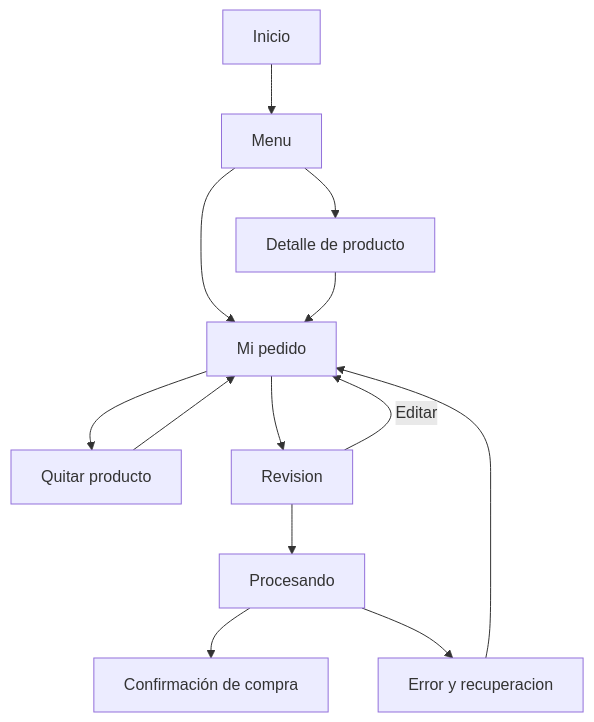
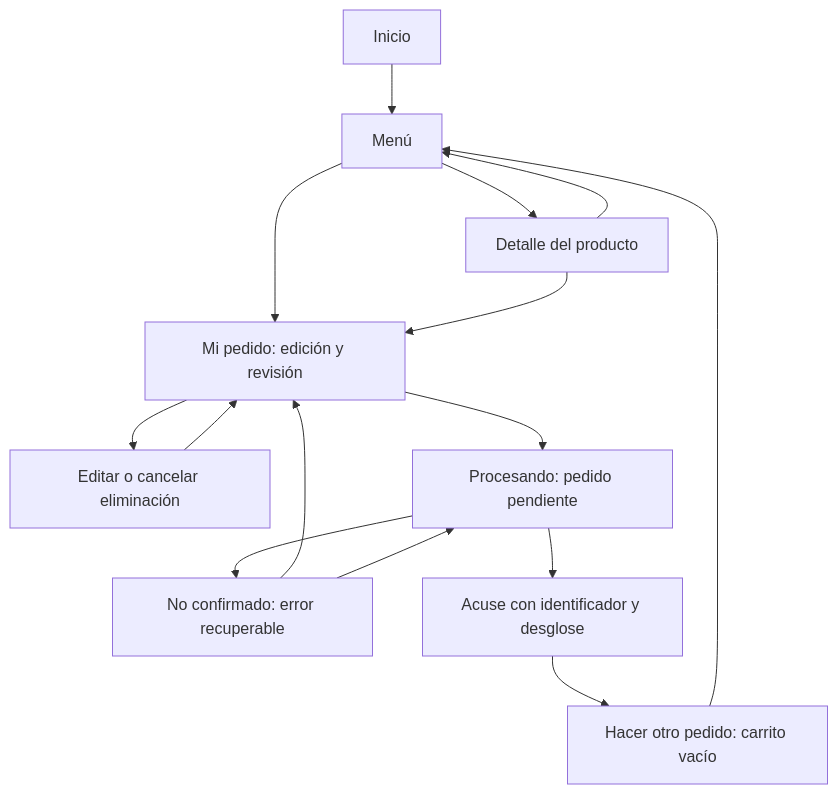
Before and after one commit to EMILIOABRIL05/Prueba_01_IHC_Parcial2: the diagram in diagramas/IHC-A-02-sitemap.mmd, drawn with Mermaid. The commit also changed 159 other files, not shown here.

```diff
--- a/diagramas/IHC-A-02-sitemap.mmd
+++ b/diagramas/IHC-A-02-sitemap.mmd
@@ -1,13 +1,15 @@
 flowchart TD
- A[Inicio] --> B[Menu]
- B --> C[Detalle de producto]
- B --> D[Mi pedido]
- C --> D
- D --> E[Quitar producto]
- E --> D
- D --> F[Revision]
- F -->|Editar| D
- F --> G[Procesando]
- G --> H[Confirmación de compra]
- G --> I[Error y recuperacion]
- I --> D
+ F1["Inicio"] --> M["Menú"]
+ M --> D["Detalle del producto"]
+ D --> M
+ M --> P["Mi pedido: edición y revisión"]
+ D --> P
+ P --> E1["Editar o cancelar eliminación"]
+ E1 --> P
+ P --> V["Procesando: pedido pendiente"]
+ V --> X1["No confirmado: error recuperable"]
+ X1 --> P
+ X1 --> V
+ V --> C["Acuse con identificador y desglose"]
+ C --> N["Hacer otro pedido: carrito vacío"]
+ N --> M
```
